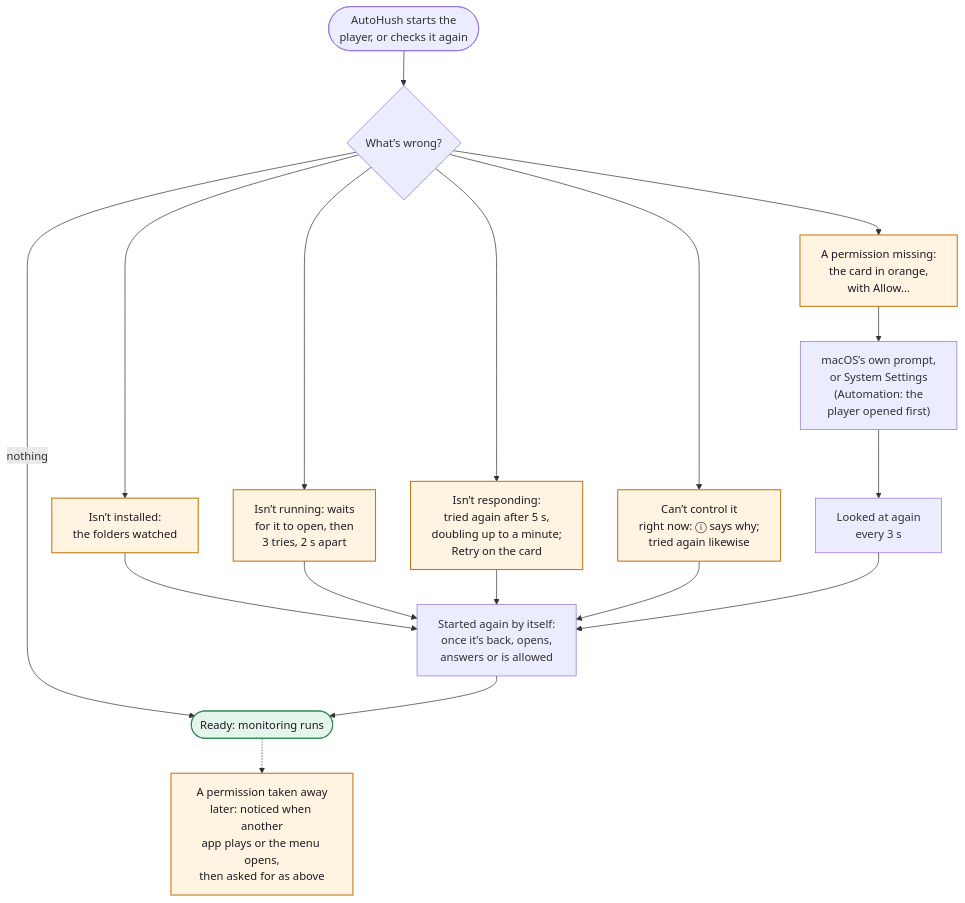
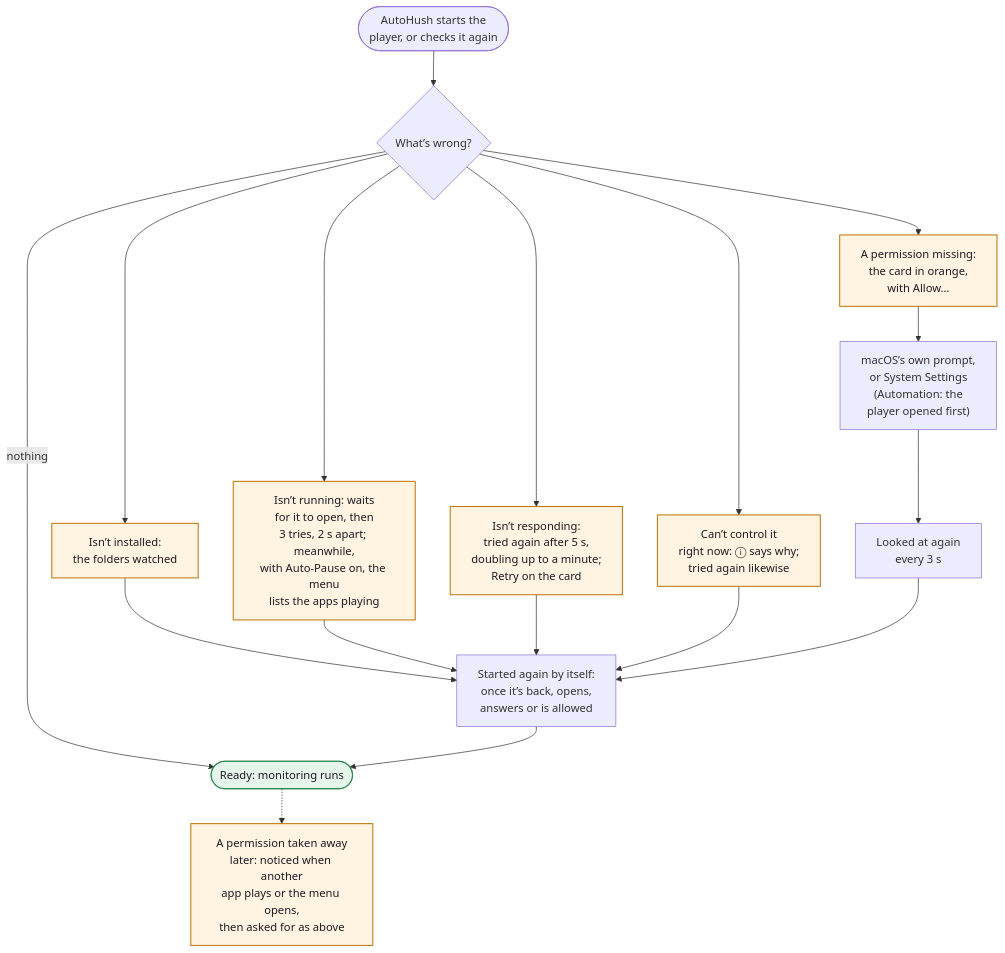
Diagram 13 of 14 in WORKFLOWS.md (hfustercabre/AutoHush), drawn with Mermaid before and after one commit. The commit also changed 8 other files, not shown here.

First line of the commit message:
feat: the menu lists the apps playing while the player isn't open, with Auto-Pause on

````diff
--- a/WORKFLOWS.md
+++ b/WORKFLOWS.md
@@ -665,30 +665,30 @@
 ```mermaid
 flowchart TD
   S(["AutoHush starts the<br/>player, or checks it again"])
   W{"What’s wrong?"}
   INS["Isn’t installed:<br/>the folders watched"]
-  RUN["Isn’t running: waits<br/>for it to open, then<br/>3 tries, 2 s apart"]
+  RUN["Isn’t running: waits<br/>for it to open, then<br/>3 tries, 2 s apart; meanwhile,<br/>with Auto-Pause on, the menu<br/>lists the apps playing"]
   RESP["Isn’t responding:<br/>tried again after 5 s,<br/>doubling up to a minute;<br/>Retry on the card"]
   CTRL["Can’t control it<br/>right now: ⓘ says why;<br/>tried again likewise"]
   PERM["A permission missing:<br/>the card in orange,<br/>with Allow…"]
   MACOS["macOS’s own prompt,<br/>or System Settings<br/>(Automation: the<br/>player opened first)"]
   TRY["Looked at again<br/>every 3 s"]
   AGAIN["Started again by itself:<br/>once it’s back, opens,<br/>answers or is allowed"]
   READY(["Ready: monitoring runs"])
   LOST["A permission taken away<br/>later: noticed when another<br/>app plays or the menu opens,<br/>then asked for as above"]
 
   S --> W
   W -->|"nothing"| READY
   W --> INS --> AGAIN
   W --> RUN --> AGAIN
   W --> RESP --> AGAIN
   W --> CTRL --> AGAIN
   W --> PERM --> MACOS --> TRY --> AGAIN
   AGAIN --> READY
   READY -.-> LOST
 
   class INS,RUN,RESP,CTRL,PERM,LOST warn
   class READY done
   classDef warn fill:#fff3e2,stroke:#c47812,stroke-width:1.5px,color:#1d1b22
   classDef done fill:#e6f5eb,stroke:#2f8a50,stroke-width:1.5px,color:#1d1b22
 ```
````
